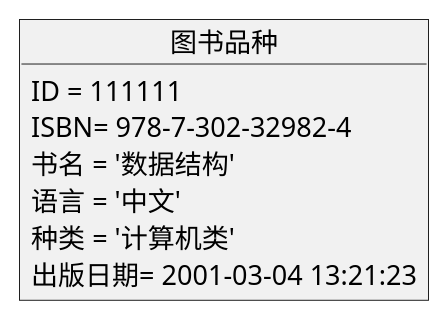
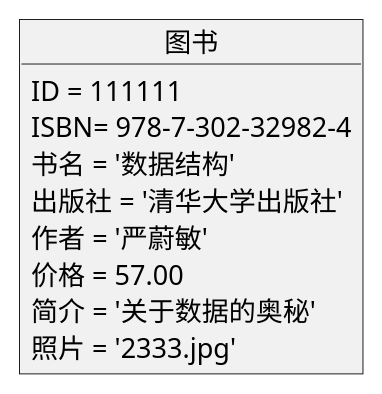
Before and after one commit to Landy7/is_analysis: the diagram in test3/object5.md, drawn with PlantUML. The commit also changed 15 other files, not shown here.

```diff
--- a/test3/object5.md
+++ b/test3/object5.md
@@ -1,13 +1,15 @@
 @startuml
 
-object 图书品种{
+object 图书{
     ID = 111111
     ISBN= 978-7-302-32982-4
     书名 = '数据结构'
-    语言 = '中文'
-    种类 = '计算机类'
-    出版日期= 2001-03-04 13:21:23
+    出版社 = '清华大学出版社'
+    作者 = '严蔚敏'
+    价格 = 57.00
+    简介 = '关于数据的奥秘'
+    照片 = '2333.jpg'
 
  }
 
 @enduml
```
